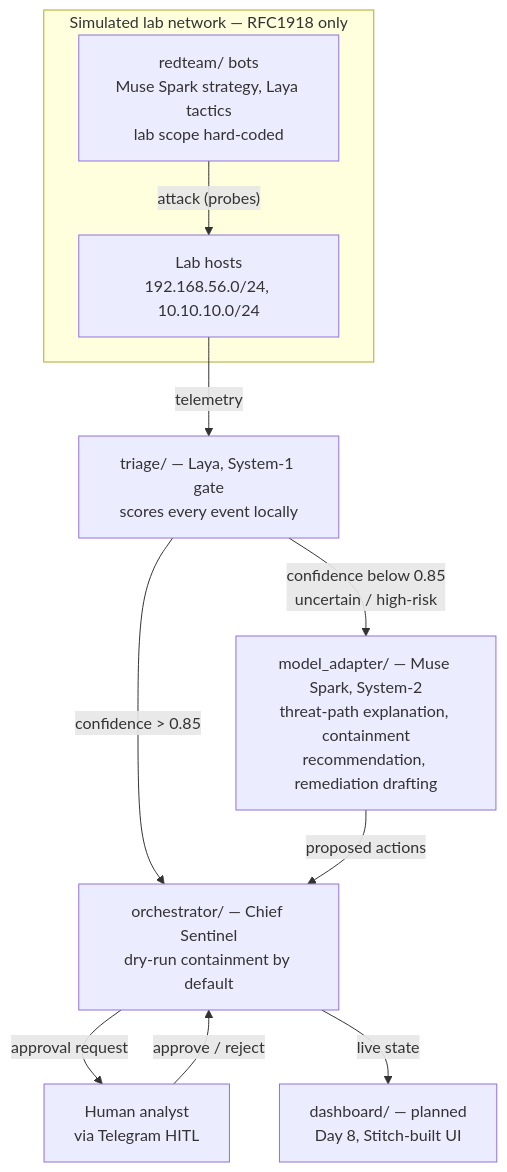
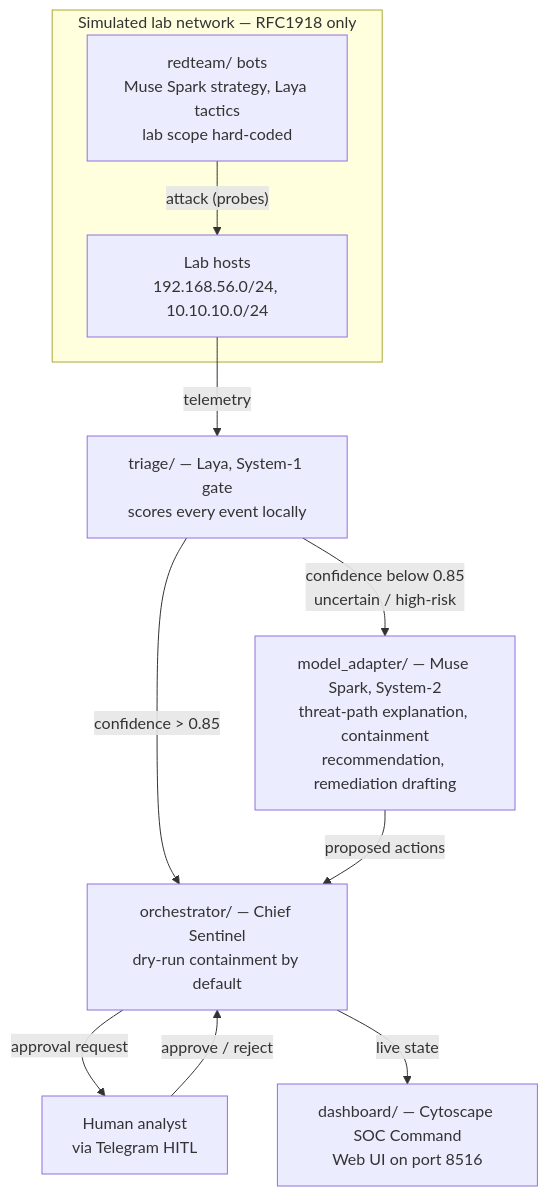
Before and after one commit to hearthacker003366/sentinel-v4: the diagram in README.md, drawn with Mermaid. The commit also changed other lines of this file, not shown here.

Commit message:
docs: update README with 69/69 test suite, live dashboard, and Telegram gateway

````diff
--- a/README.md
+++ b/README.md
@@ -9,15 +9,15 @@
 ```mermaid
 flowchart TD
     subgraph LAB["Simulated lab network — RFC1918 only"]
         BOTS["redteam/ bots\nMuse Spark strategy, Laya tactics\nlab scope hard-coded"]
         NET["Lab hosts\n192.168.56.0/24, 10.10.10.0/24"]
         BOTS -->|"attack (probes)"| NET
     end
     NET -->|"telemetry"| GATE["triage/ — Laya, System-1 gate\nscores every event locally"]
     GATE -->|"confidence > 0.85"| ORCH["orchestrator/ — Chief Sentinel\ndry-run containment by default"]
     GATE -->|"confidence below 0.85\nuncertain / high-risk"| SPARK["model_adapter/ — Muse Spark, System-2\nthreat-path explanation, containment\nrecommendation, remediation drafting"]
     SPARK -->|"proposed actions"| ORCH
     ORCH -->|"approval request"| HUMAN["Human analyst\nvia Telegram HITL"]
     HUMAN -->|"approve / reject"| ORCH
-    ORCH -->|"live state"| DASH["dashboard/ — planned\nDay 8, Stitch-built UI"]
+    ORCH -->|"live state"| DASH["dashboard/ — Cytoscape SOC Command\nWeb UI on port 8516"]
 ```
````
